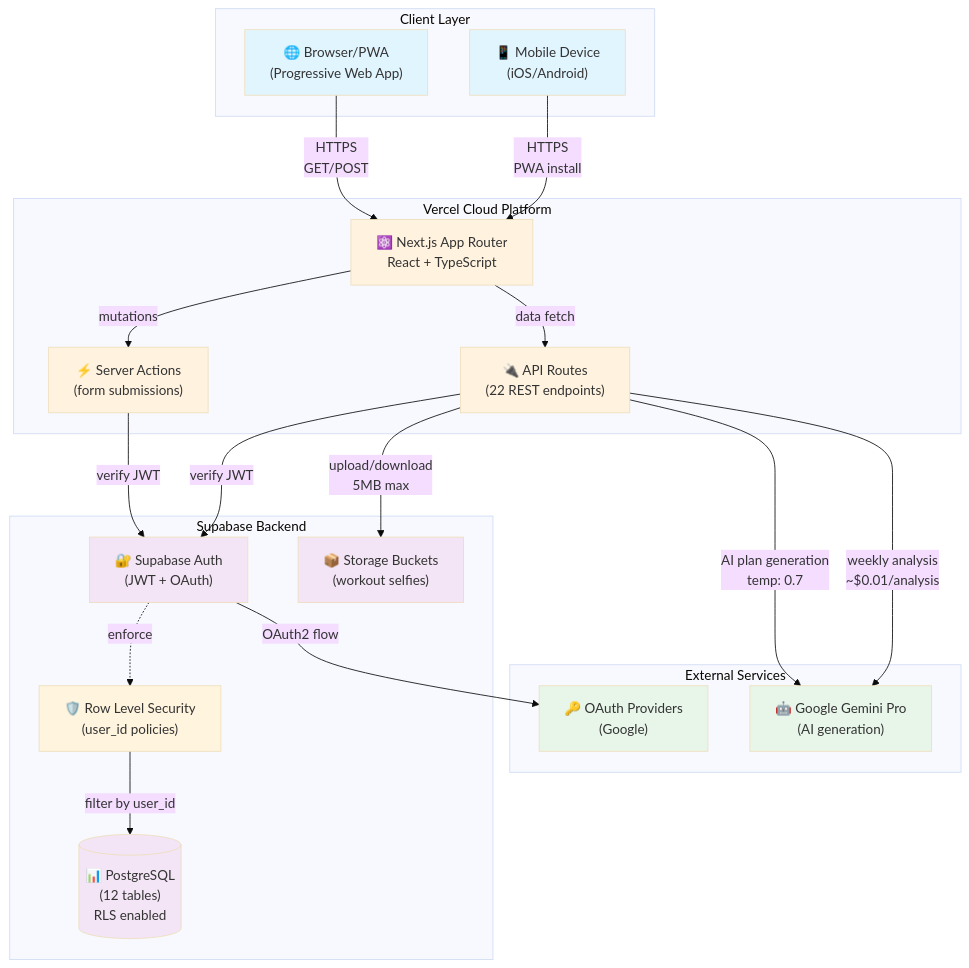
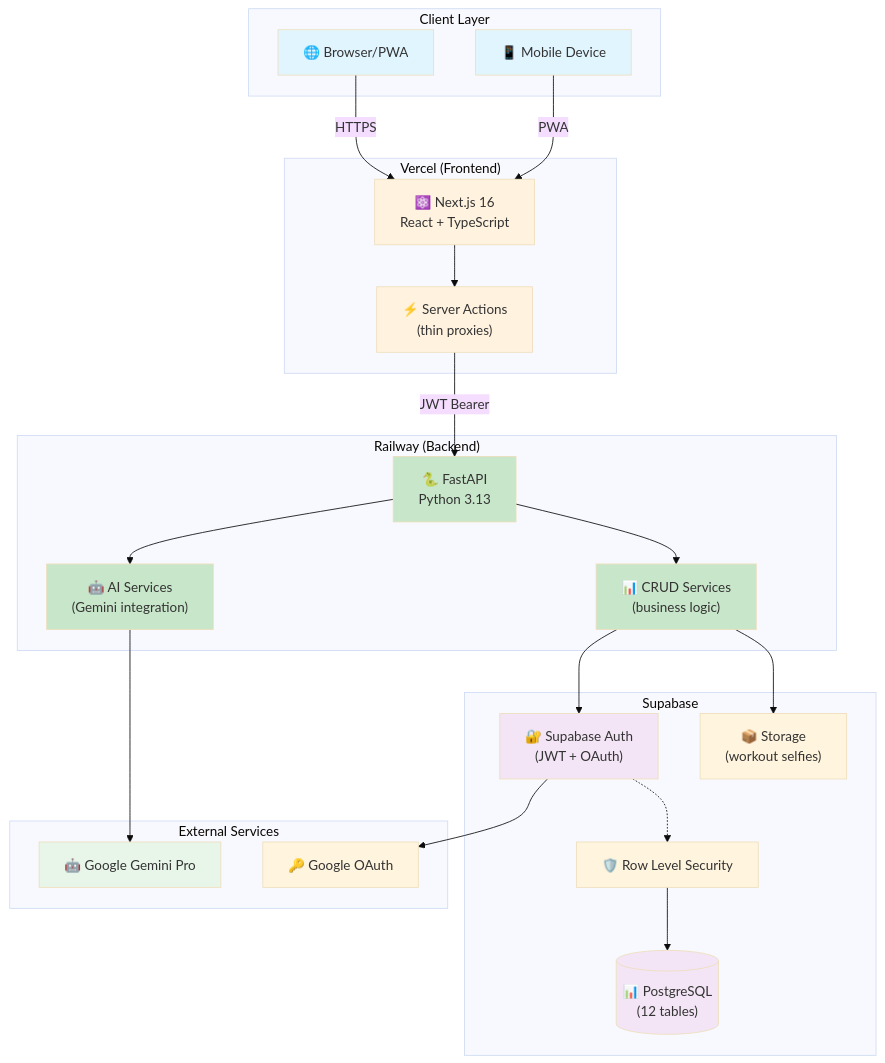
Before and after one commit to saurabhpro/goodhealth: the first of 4 diagrams in docs/ARCHITECTURE.md, drawn with Mermaid (base theme). The commit also changed other lines of this file and 269 other files, not shown here.

````diff
--- a/docs/ARCHITECTURE.md
+++ b/docs/ARCHITECTURE.md
@@ -16,49 +14,54 @@
 ```mermaid
 graph TB
     subgraph Client["Client Layer"]
-        Browser["🌐 Browser/PWA<br/>(Progressive Web App)"]
-        Mobile["📱 Mobile Device<br/>(iOS/Android)"]
+        Browser["🌐 Browser/PWA"]
+        Mobile["📱 Mobile Device"]
     end
 
-    subgraph Vercel["Vercel Cloud Platform"]
-        NextJS["⚛️ Next.js App Router<br/>React + TypeScript"]
-        API["🔌 API Routes<br/>(22 REST endpoints)"]
-        ServerActions["⚡ Server Actions<br/>(form submissions)"]
+    subgraph Vercel["Vercel (Frontend)"]
+        NextJS["⚛️ Next.js 16<br/>React + TypeScript"]
+        ServerActions["⚡ Server Actions<br/>(thin proxies)"]
     end
 
-    subgraph Supabase["Supabase Backend"]
+    subgraph Railway["Railway (Backend)"]
+        FastAPI["🐍 FastAPI<br/>Python 3.13"]
+        AIServices["🤖 AI Services<br/>(Gemini integration)"]
+        CRUD["📊 CRUD Services<br/>(business logic)"]
+    end
+
+    subgraph Supabase["Supabase"]
         Auth["🔐 Supabase Auth<br/>(JWT + OAuth)"]
-        DB[("📊 PostgreSQL<br/>(12 tables)<br/>RLS enabled")]
-        Storage["📦 Storage Buckets<br/>(workout selfies)"]
-        RLS["🛡️ Row Level Security<br/>(user_id policies)"]
+        DB[("📊 PostgreSQL<br/>(12 tables)")]
+        Storage["📦 Storage<br/>(workout selfies)"]
+        RLS["🛡️ Row Level Security"]
     end
 
     subgraph External["External Services"]
-        Gemini["🤖 Google Gemini Pro<br/>(AI generation)"]
-        OAuth["🔑 OAuth Providers<br/>(Google)"]
+        Gemini["🤖 Google Gemini Pro"]
+        OAuth["🔑 Google OAuth"]
     end
 
-    Browser -->|"HTTPS<br/>GET/POST"| NextJS
-    Mobile -->|"HTTPS<br/>PWA install"| NextJS
-    NextJS -->|"mutations"| ServerActions
-    NextJS -->|"data fetch"| API
-    ServerActions -->|"verify JWT"| Auth
-    API -->|"verify JWT"| Auth
-    Auth -.->|"enforce"| RLS
-    RLS -->|"filter by user_id"| DB
-    API -->|"upload/download<br/>5MB max"| Storage
-    API -->|"AI plan generation<br/>temp: 0.7"| Gemini
-    API -->|"weekly analysis<br/>~$0.01/analysis"| Gemini
-    Auth -->|"OAuth2 flow"| OAuth
+    Browser -->|HTTPS| NextJS
+    Mobile -->|PWA| NextJS
+    NextJS --> ServerActions
+    ServerActions -->|"JWT Bearer"| FastAPI
+    FastAPI --> AIServices
+    FastAPI --> CRUD
+    AIServices --> Gemini
+    CRUD --> Auth
+    Auth -.-> RLS
+    RLS --> DB
+    CRUD --> Storage
+    Auth --> OAuth
 
     style Browser fill:#e1f5ff
     style Mobile fill:#e1f5ff
     style NextJS fill:#fff3e0
-    style API fill:#fff3e0
     style ServerActions fill:#fff3e0
+    style FastAPI fill:#c8e6c9
+    style AIServices fill:#c8e6c9
+    style CRUD fill:#c8e6c9
     style DB fill:#f3e5f5
     style Auth fill:#f3e5f5
-    style Storage fill:#f3e5f5
     style Gemini fill:#e8f5e9
-    style OAuth fill:#e8f5e9
 ```
````
